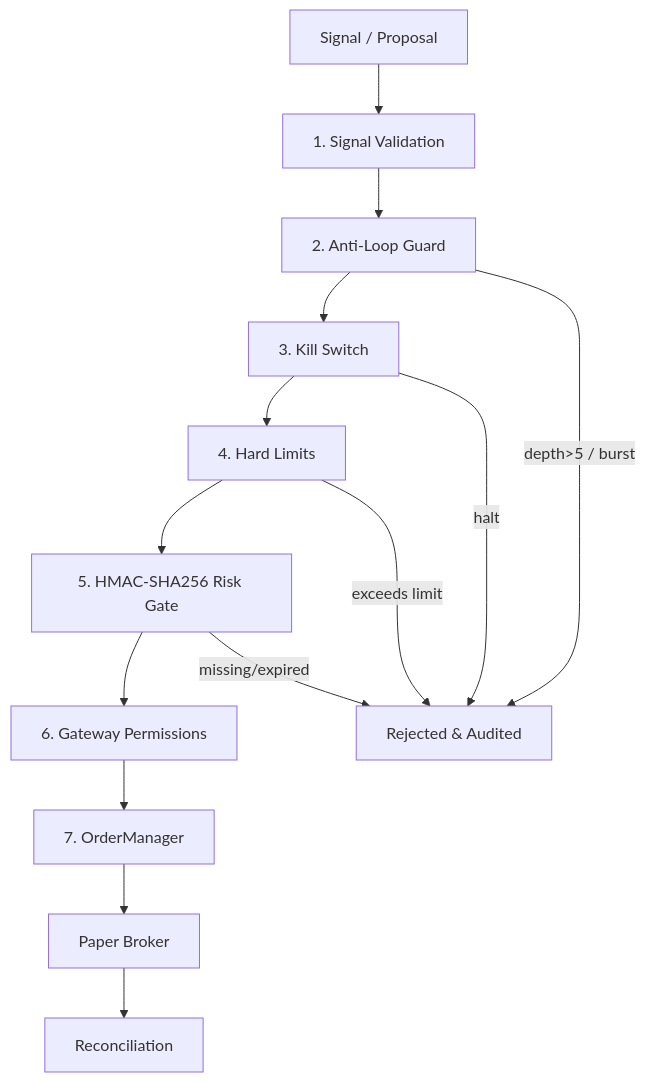
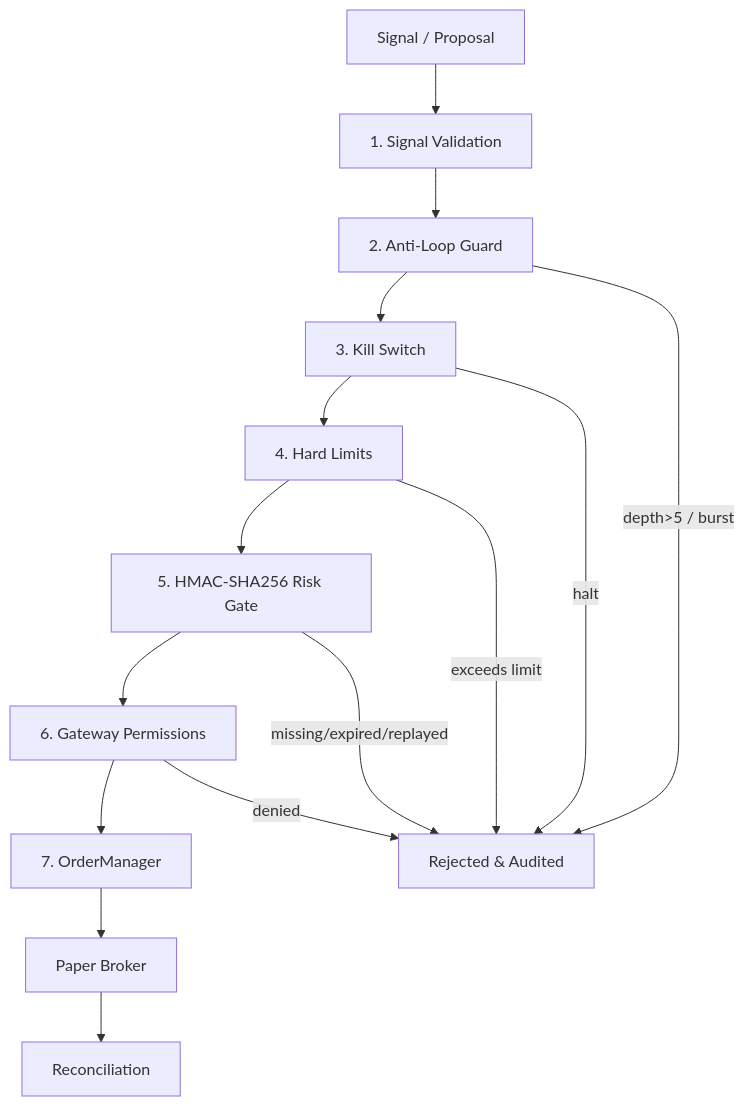
One commit to namana843-bit/finance-agent-os changed the diagram in README.md. Above: the diagram before and after it, drawn with Mermaid. The commit also changed other lines of this file, not shown here.

````diff
--- a/README.md
+++ b/README.md
@@ -79,16 +81,17 @@
 ```mermaid
 flowchart TD
     Sig[Signal / Proposal] --> V[1. Signal Validation]
     V --> LG[2. Anti-Loop Guard]
     LG --> KS[3. Kill Switch]
     KS --> HL[4. Hard Limits]
     HL --> RG[5. HMAC-SHA256 Risk Gate]
     RG --> GW[6. Gateway Permissions]
     GW --> OM[7. OrderManager]
     OM --> PB[Paper Broker]
     PB --> Rec[Reconciliation]
     LG -- depth>5 / burst --> Rej[Rejected & Audited]
     KS -- halt --> Rej
     HL -- exceeds limit --> Rej
-    RG -- missing/expired --> Rej
+    RG -- missing/expired/replayed --> Rej
+    GW -- denied --> Rej
 ```
````
